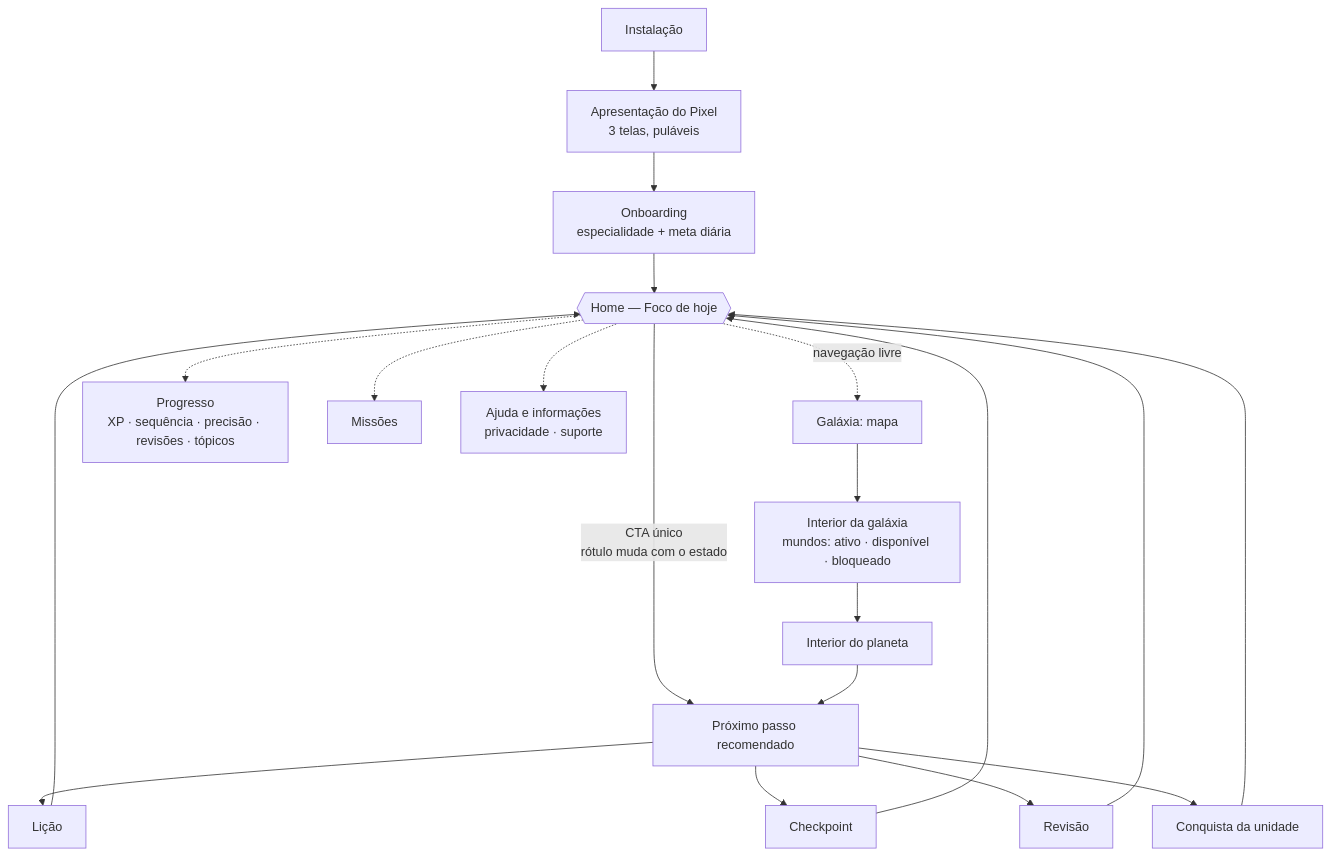
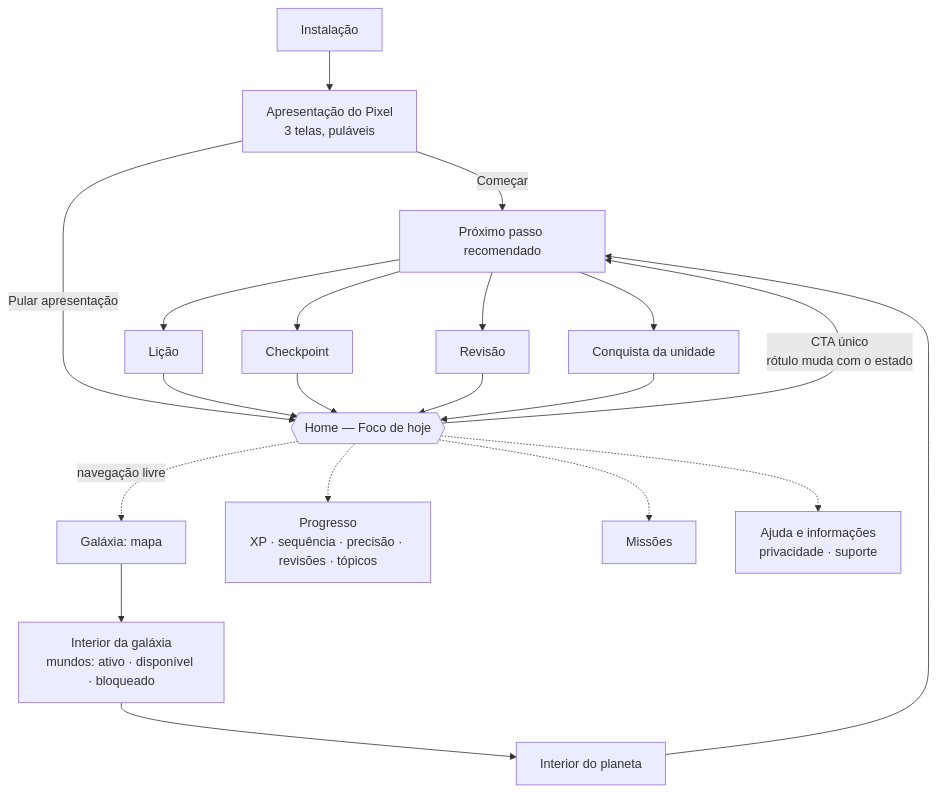
The first of 2 diagrams in docs/CLIENT_FLOW.md (andersonsmelo/Radiant), drawn with Mermaid before and after one commit. The commit also changed other lines of this file and 15 other files, not shown here.

````diff
--- a/docs/CLIENT_FLOW.md
+++ b/docs/CLIENT_FLOW.md
@@ -26,25 +26,25 @@
 ```mermaid
 flowchart TD
     A[Instalação] --> B[Apresentação do Pixel<br/>3 telas, puláveis]
-    B --> C[Onboarding<br/>especialidade + meta diária]
-    C --> D{{Home — Foco de hoje}}
+    B -->|Começar| E[Próximo passo recomendado]
+    B -->|Pular apresentação| D{{Home — Foco de hoje}}
 
-    D -->|CTA único<br/>rótulo muda com o estado| E[Próximo passo recomendado]
+    D -->|CTA único<br/>rótulo muda com o estado| E
 
     D -.->|navegação livre| G[Galáxia: mapa]
     G --> G2[Interior da galáxia<br/>mundos: ativo · disponível · bloqueado]
     G2 --> G3[Interior do planeta] --> E
     D -.-> P[Progresso<br/>XP · sequência · precisão · revisões · tópicos]
     D -.-> M[Missões]
     D -.-> H[Ajuda e informações<br/>privacidade · suporte]
 
     E --> L[Lição]
     E --> CK[Checkpoint]
     E --> RV[Revisão]
     E --> RW[Conquista da unidade]
 
     L --> D
     CK --> D
     RV --> D
     RW --> D
 ```
````
